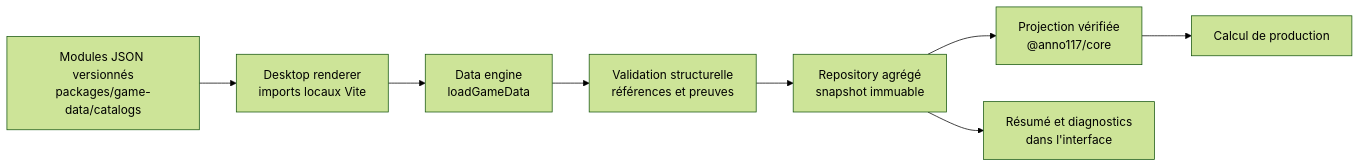
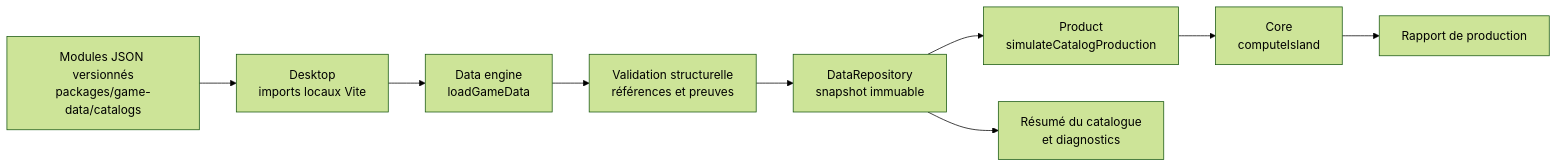
The diagram in docs/20-technique/architecture-donnees.md (Claude-Ca/anno117-planner), drawn with Mermaid (forest theme) before and after one commit. The commit also changed other lines of this file, not shown here.

Commit message:
docs: show modular repository product integration

````diff
--- a/docs/20-technique/architecture-donnees.md
+++ b/docs/20-technique/architecture-donnees.md
@@ -5,10 +5,11 @@
 ```mermaid
 flowchart LR
-  JSON[Modules JSON versionnés<br/>packages/game-data/catalogs] --> UI[Desktop renderer<br/>imports locaux Vite]
-  UI --> DE[Data engine<br/>loadGameData]
-  DE --> V[Validation structurelle<br/>références et preuves]
-  V --> AG[Repository agrégé<br/>snapshot immuable]
-  AG --> CORE[Projection vérifiée<br/>@anno117/core]
-  CORE --> CALC[Calcul de production]
-  AG --> STATUS[Résumé et diagnostics<br/>dans l'interface]
+  JSON[Modules JSON versionnés<br/>packages/game-data/catalogs] --> DESK[Desktop<br/>imports locaux Vite]
+  DESK --> DE[Data engine<br/>loadGameData]
+  DE --> VAL[Validation structurelle<br/>références et preuves]
+  VAL --> REPO[DataRepository<br/>snapshot immuable]
+  REPO --> PRODUCT[Product<br/>simulateCatalogProduction]
+  PRODUCT --> CORE[Core<br/>computeIsland]
+  CORE --> RESULT[Rapport de production]
+  REPO --> STATUS[Résumé du catalogue<br/>et diagnostics]
 ```
````
